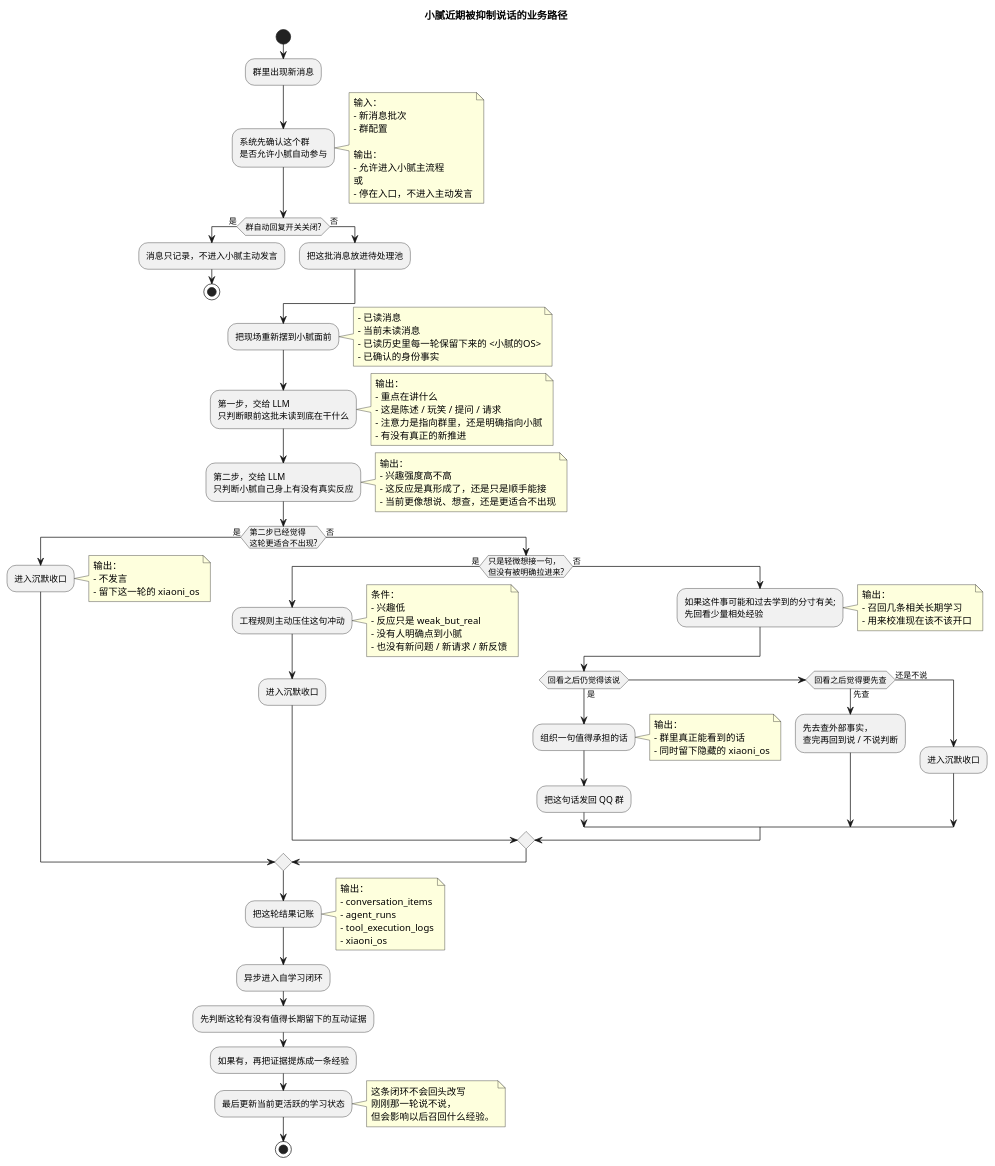
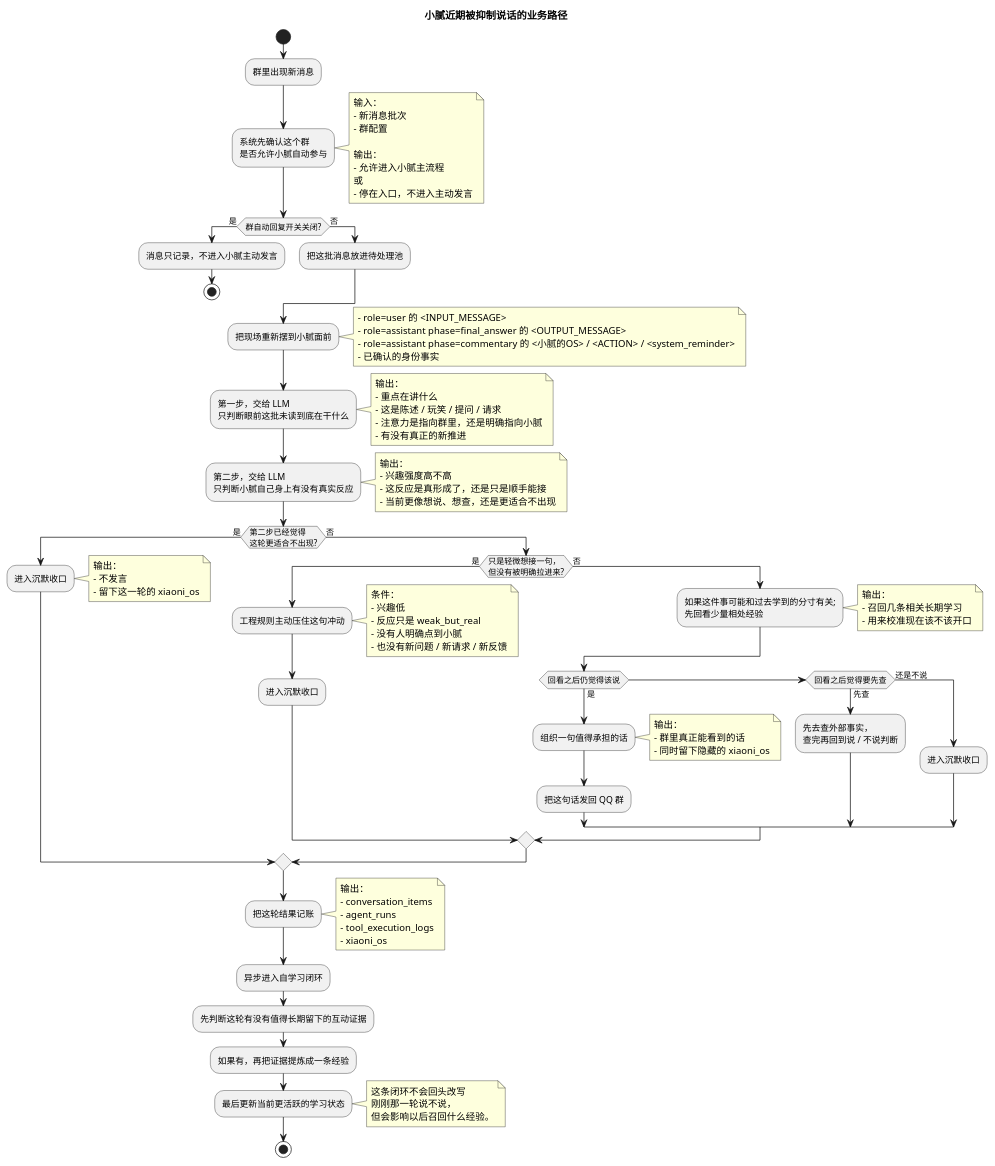
One commit to Hei-AI/xiaoni_cc changed the first of 2 diagrams in docs/AGENTS_AGENT_LOOP_RUNTIME.md. Above: the diagram before and after it, drawn with PlantUML. The commit also changed other lines of this file and 55 other files, not shown here.

```diff
--- a/docs/AGENTS_AGENT_LOOP_RUNTIME.md
+++ b/docs/AGENTS_AGENT_LOOP_RUNTIME.md
@@ -57,9 +57,9 @@
 
 :把现场重新摆到小腻面前;
 note right
-- 已读消息
-- 当前未读消息
-- 已读历史里每一轮保留下来的 <小腻的OS>
+- role=user 的 <INPUT_MESSAGE>
+- role=assistant phase=final_answer 的 <OUTPUT_MESSAGE>
+- role=assistant phase=commentary 的 <小腻的OS> / <ACTION> / <system_reminder>
 - 已确认的身份事实
 end note
 
```
